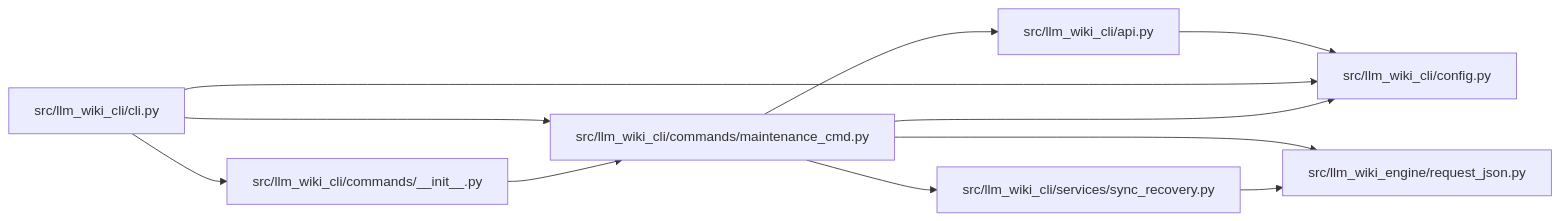
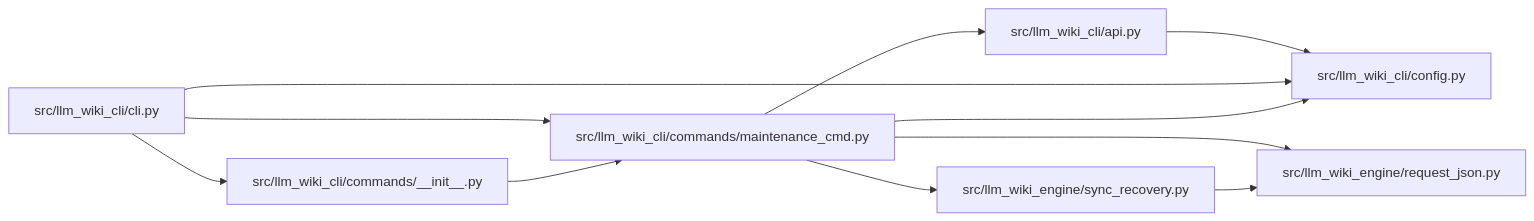
Before and after one commit to Denissvgn/python-wiki-llm: the diagram in docs/llm_wiki/modules/maintenance_cmd.md, drawn with Mermaid. The commit also changed other lines of this file and 1058 other files, not shown here.

````diff
--- a/docs/llm_wiki/modules/maintenance_cmd.md
+++ b/docs/llm_wiki/modules/maintenance_cmd.md
@@ -30,27 +30,27 @@
 ```mermaid
 flowchart LR
     n0["src/llm_wiki_cli/api.py"]
     n1["src/llm_wiki_cli/cli.py"]
     n2["src/llm_wiki_cli/commands/__init__.py"]
     n3["src/llm_wiki_cli/commands/maintenance_cmd.py"]
     n4["src/llm_wiki_cli/config.py"]
-    n5["src/llm_wiki_cli/services/sync_recovery.py"]
-    n6["src/llm_wiki_engine/request_json.py"]
+    n5["src/llm_wiki_engine/request_json.py"]
+    n6["src/llm_wiki_engine/sync_recovery.py"]
     n0 --> n4
     n1 --> n2
     n1 --> n3
     n1 --> n4
     n2 --> n3
     n3 --> n0
     n3 --> n4
     n3 --> n5
     n3 --> n6
-    n5 --> n6
+    n6 --> n5
     click n0 "../modules/api.md"
     click n1 "../modules/cli.md"
     click n2 "../modules/commands___init__.md"
     click n3 "../modules/maintenance_cmd.md"
     click n4 "../modules/config.md"
-    click n5 "../modules/sync_recovery.md"
-    click n6 "../modules/request_json.md"
+    click n5 "../modules/request_json.md"
+    click n6 "../modules/sync_recovery.md"
 ```
````
